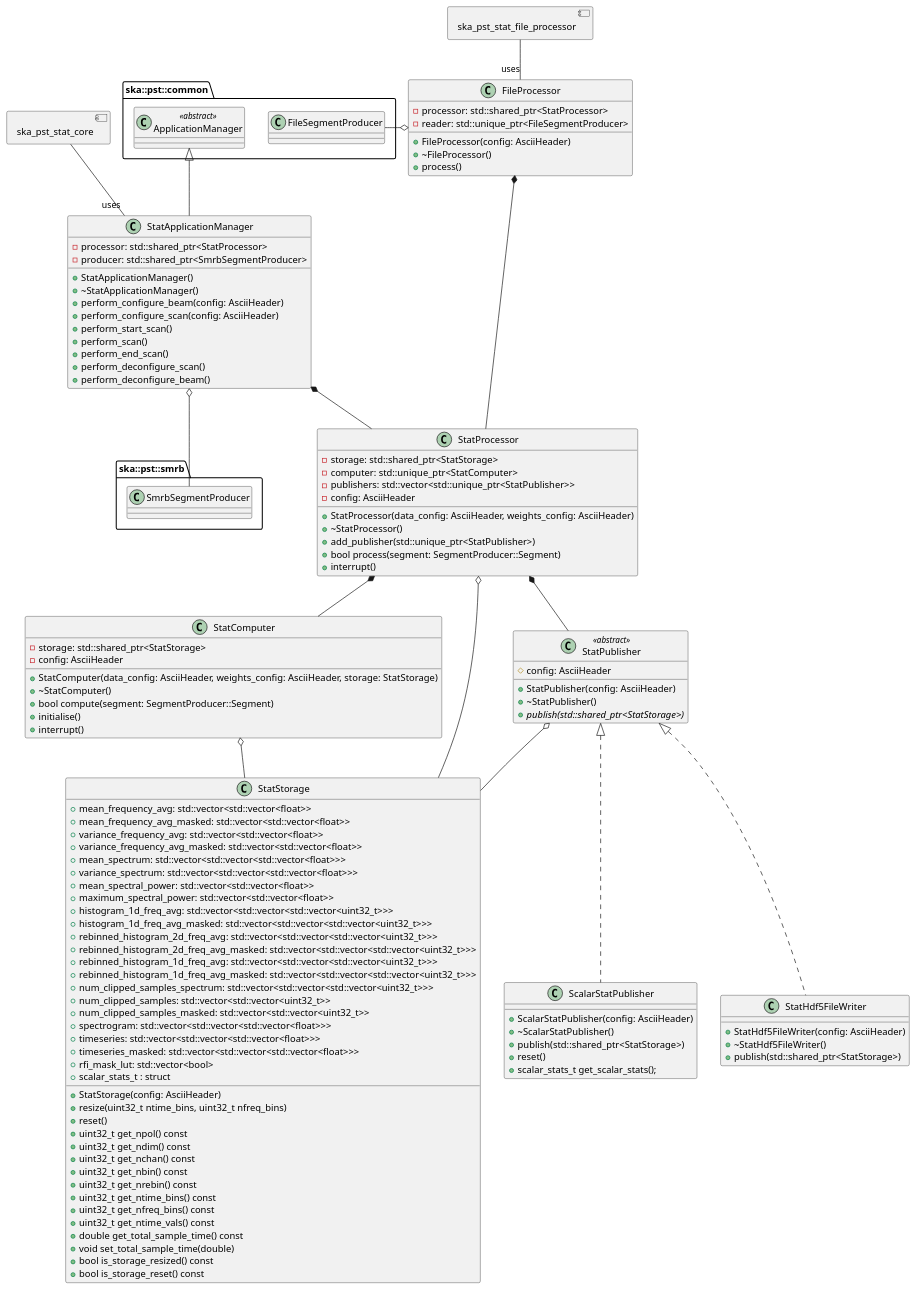
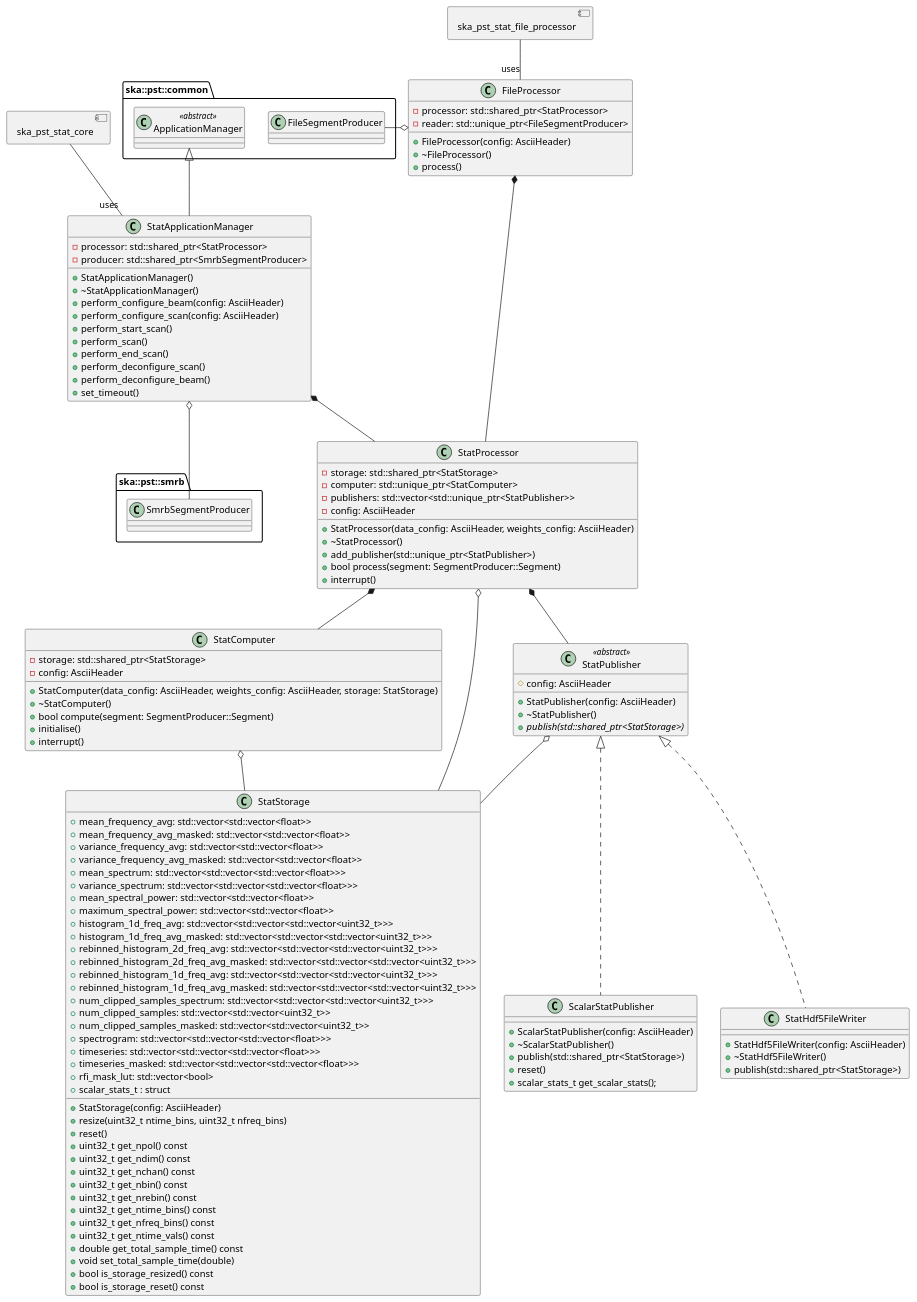
Before and after one commit to ska-telescope/ska-pst-stat: the diagram in docs/src/architecture/class_diagram.puml, drawn with PlantUML. The commit also changed 7 other files, not shown here.

```diff
--- a/docs/src/architecture/class_diagram.puml
+++ b/docs/src/architecture/class_diagram.puml
@@ -1,138 +1,139 @@
 @startuml PST Stat Class Diagram
 allow_mixing
 
 package ska::pst::common
 {
   class ApplicationManager <<abstract>>
   class FileSegmentProducer
 }
 
 package ska::pst::smrb
 {
   class SmrbSegmentProducer
 }
 
 class StatApplicationManager {
   + StatApplicationManager()
   + ~StatApplicationManager()
   + perform_configure_beam(config: AsciiHeader)
   + perform_configure_scan(config: AsciiHeader)
   + perform_start_scan()
   + perform_scan()
   + perform_end_scan()
   + perform_deconfigure_scan()
   + perform_deconfigure_beam()
+  + set_timeout()
   - processor: std::shared_ptr<StatProcessor>
   - producer: std::shared_ptr<SmrbSegmentProducer>
 }
 
 class FileProcessor {
   + FileProcessor(config: AsciiHeader)
   + ~FileProcessor()
   + process()
   - processor: std::shared_ptr<StatProcessor>
   - reader: std::unique_ptr<FileSegmentProducer>
 }
 
 class StatProcessor {
   + StatProcessor(data_config: AsciiHeader, weights_config: AsciiHeader)
   + ~StatProcessor()
   + add_publisher(std::unique_ptr<StatPublisher>)
   + bool process(segment: SegmentProducer::Segment)
   + interrupt()
   - storage: std::shared_ptr<StatStorage>
   - computer: std::unique_ptr<StatComputer>
   - publishers: std::vector<std::unique_ptr<StatPublisher>>
   - config: AsciiHeader
 }
 
 class StatComputer {
   + StatComputer(data_config: AsciiHeader, weights_config: AsciiHeader, storage: StatStorage)
   + ~StatComputer()
   + bool compute(segment: SegmentProducer::Segment)
   + initialise()
   + interrupt()
   - storage: std::shared_ptr<StatStorage>
   - config: AsciiHeader
 }
 
 class StatStorage {
   + StatStorage(config: AsciiHeader)
   + resize(uint32_t ntime_bins, uint32_t nfreq_bins)
   + reset()
   + uint32_t get_npol() const
   + uint32_t get_ndim() const
   + uint32_t get_nchan() const
   + uint32_t get_nbin() const
   + uint32_t get_nrebin() const
   + uint32_t get_ntime_bins() const
   + uint32_t get_nfreq_bins() const
   + uint32_t get_ntime_vals() const
   + double get_total_sample_time() const
   + void set_total_sample_time(double)
   + bool is_storage_resized() const
   + bool is_storage_reset() const
   + mean_frequency_avg: std::vector<std::vector<float>>
   + mean_frequency_avg_masked: std::vector<std::vector<float>>
   + variance_frequency_avg: std::vector<std::vector<float>>
   + variance_frequency_avg_masked: std::vector<std::vector<float>>
   + mean_spectrum: std::vector<std::vector<std::vector<float>>>
   + variance_spectrum: std::vector<std::vector<std::vector<float>>>
   + mean_spectral_power: std::vector<std::vector<float>>
   + maximum_spectral_power: std::vector<std::vector<float>>
   + histogram_1d_freq_avg: std::vector<std::vector<std::vector<uint32_t>>>
   + histogram_1d_freq_avg_masked: std::vector<std::vector<std::vector<uint32_t>>>
   + rebinned_histogram_2d_freq_avg: std::vector<std::vector<std::vector<uint32_t>>>
   + rebinned_histogram_2d_freq_avg_masked: std::vector<std::vector<std::vector<uint32_t>>>
   + rebinned_histogram_1d_freq_avg: std::vector<std::vector<std::vector<uint32_t>>>
   + rebinned_histogram_1d_freq_avg_masked: std::vector<std::vector<std::vector<uint32_t>>>
   + num_clipped_samples_spectrum: std::vector<std::vector<std::vector<uint32_t>>>
   + num_clipped_samples: std::vector<std::vector<uint32_t>>
   + num_clipped_samples_masked: std::vector<std::vector<uint32_t>>
   + spectrogram: std::vector<std::vector<std::vector<float>>>
   + timeseries: std::vector<std::vector<std::vector<float>>>
   + timeseries_masked: std::vector<std::vector<std::vector<float>>>
   + rfi_mask_lut: std::vector<bool>
   + scalar_stats_t : struct
 }
 
 class StatPublisher <<abstract>> {
   # config: AsciiHeader
   + StatPublisher(config: AsciiHeader)
   + ~StatPublisher()
   {abstract} + publish(std::shared_ptr<StatStorage>)
 }
 
 class ScalarStatPublisher implements StatPublisher {
   + ScalarStatPublisher(config: AsciiHeader)
   + ~ScalarStatPublisher()
   + publish(std::shared_ptr<StatStorage>)
   + reset()
   + scalar_stats_t get_scalar_stats();
 }
 
 class StatHdf5FileWriter implements StatPublisher {
   + StatHdf5FileWriter(config: AsciiHeader)
   + ~StatHdf5FileWriter()
   + publish(std::shared_ptr<StatStorage>)
 }
 
 StatProcessor *-- StatComputer
 StatProcessor *-- StatPublisher
 StatProcessor o-- StatStorage
 StatComputer o-- StatStorage
 StatPublisher o-- StatStorage
 
 ApplicationManager <|-- StatApplicationManager
 StatApplicationManager o-- SmrbSegmentProducer
 StatApplicationManager *-- StatProcessor
 
 FileProcessor *-- StatProcessor
 FileProcessor o- FileSegmentProducer
 
 component ska_pst_stat_core
 ska_pst_stat_core -- "uses" StatApplicationManager
 component ska_pst_stat_file_processor
 ska_pst_stat_file_processor -- "uses" FileProcessor
 
 @enduml
```
